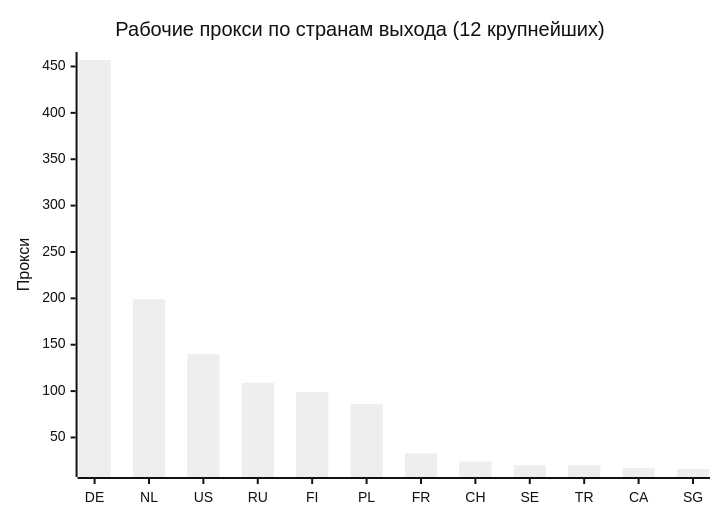
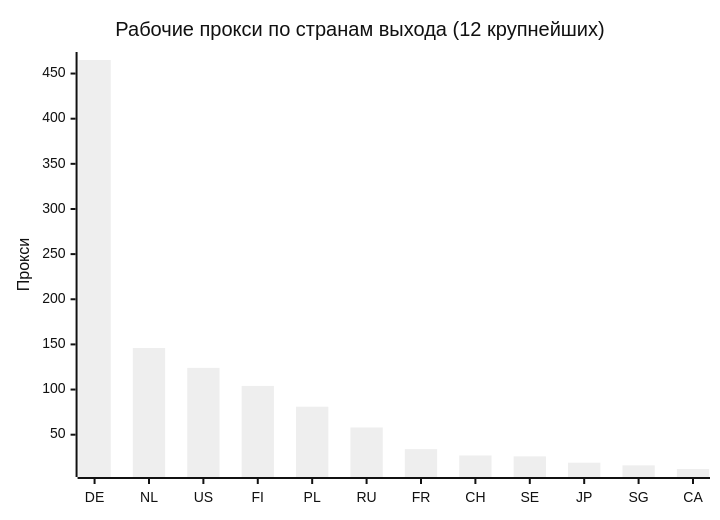
One commit to rvvg/proxy-subs changed the second of 4 diagrams in README.md. Above: the diagram before and after it, drawn with Mermaid (neutral theme). The commit also changed other lines of this file and 50 other files, not shown here.

````diff
--- a/README.md
+++ b/README.md
@@ -126,7 +131,7 @@
 ```mermaid
 xychart-beta
     title "Рабочие прокси по странам выхода (12 крупнейших)"
-    x-axis ["DE", "NL", "US", "RU", "FI", "PL", "FR", "CH", "SE", "TR", "CA", "SG"]
+    x-axis ["DE", "NL", "US", "FI", "PL", "RU", "FR", "CH", "SE", "JP", "SG", "CA"]
     y-axis "Прокси"
-    bar [457, 199, 140, 109, 99, 86, 33, 24, 20, 20, 17, 16]
+    bar [465, 146, 124, 104, 81, 58, 34, 27, 26, 19, 16, 12]
 ```
````
